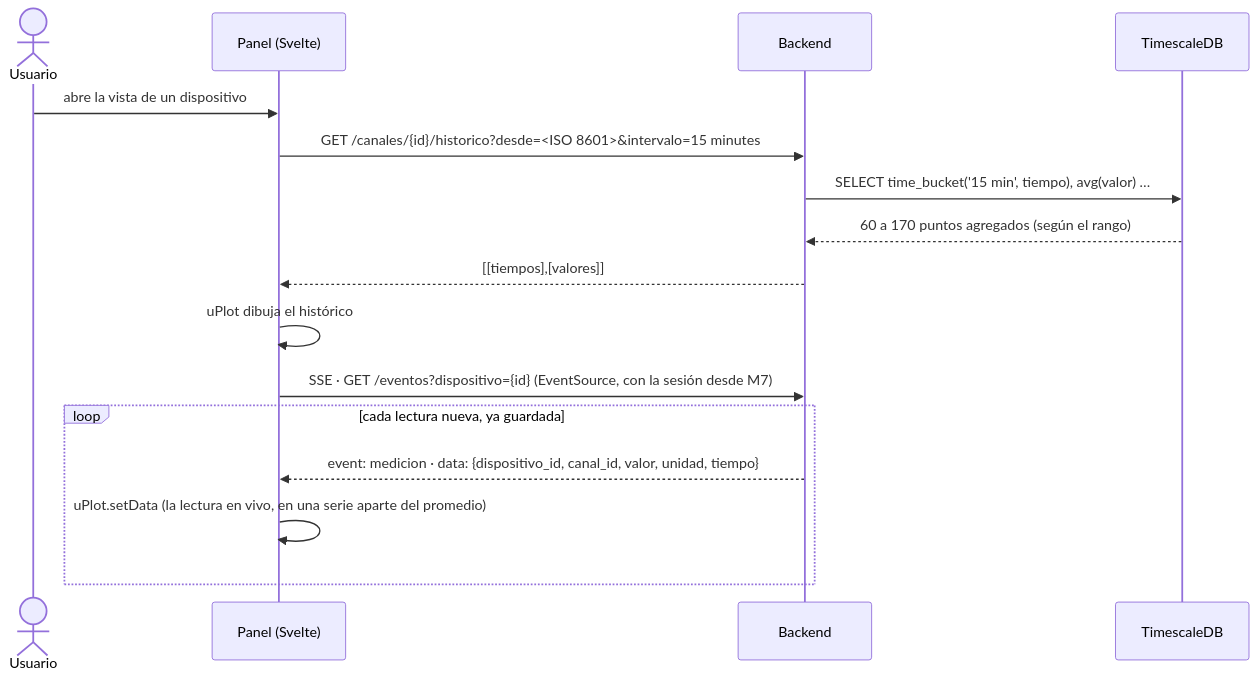
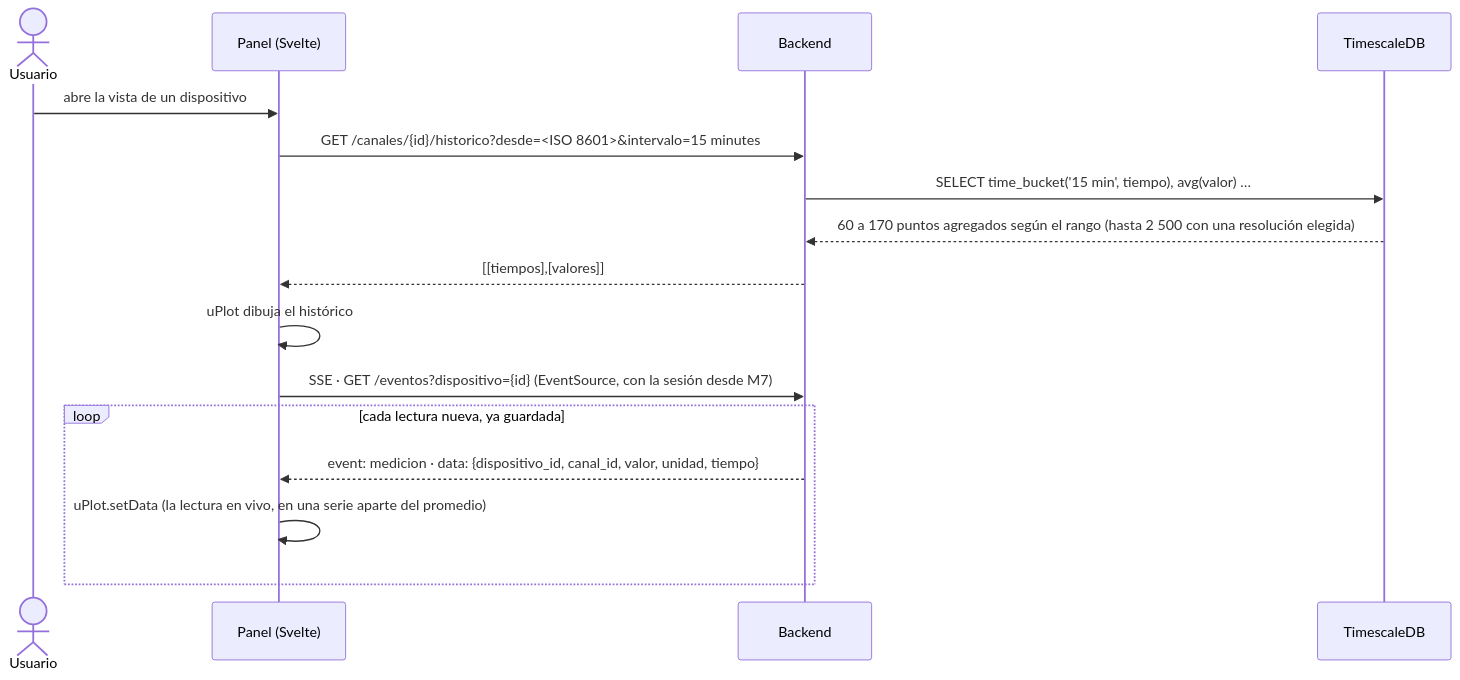
One commit to vicenterami/tesis changed the diagram in informe-oficial/figuras/mermaid/sec-tiemporeal.mmd. Above: the diagram before and after it, drawn with Mermaid. The commit also changed 41 other files, not shown here.

```diff
--- a/informe-oficial/figuras/mermaid/sec-tiemporeal.mmd
+++ b/informe-oficial/figuras/mermaid/sec-tiemporeal.mmd
@@ -1,17 +1,17 @@
 sequenceDiagram
     actor U as Usuario
     participant FE as Panel (Svelte)
     participant API as Backend
     participant DB as TimescaleDB
 
     U->>FE: abre la vista de un dispositivo
     FE->>API: GET /canales/{id}/historico?desde=<ISO 8601>&intervalo=15 minutes
     API->>DB: SELECT time_bucket('15 min', tiempo), avg(valor) …
-    DB-->>API: 60 a 170 puntos agregados (según el rango)
+    DB-->>API: 60 a 170 puntos agregados según el rango (hasta 2 500 con una resolución elegida)
     API-->>FE: [[tiempos],[valores]]
     FE->>FE: uPlot dibuja el histórico
     FE->>API: SSE · GET /eventos?dispositivo={id} (EventSource, con la sesión desde M7)
     loop cada lectura nueva, ya guardada
         API-->>FE: event: medicion · data: {dispositivo_id, canal_id, valor, unidad, tiempo}
         FE->>FE: uPlot.setData (la lectura en vivo, en una serie aparte del promedio)
     end
```
